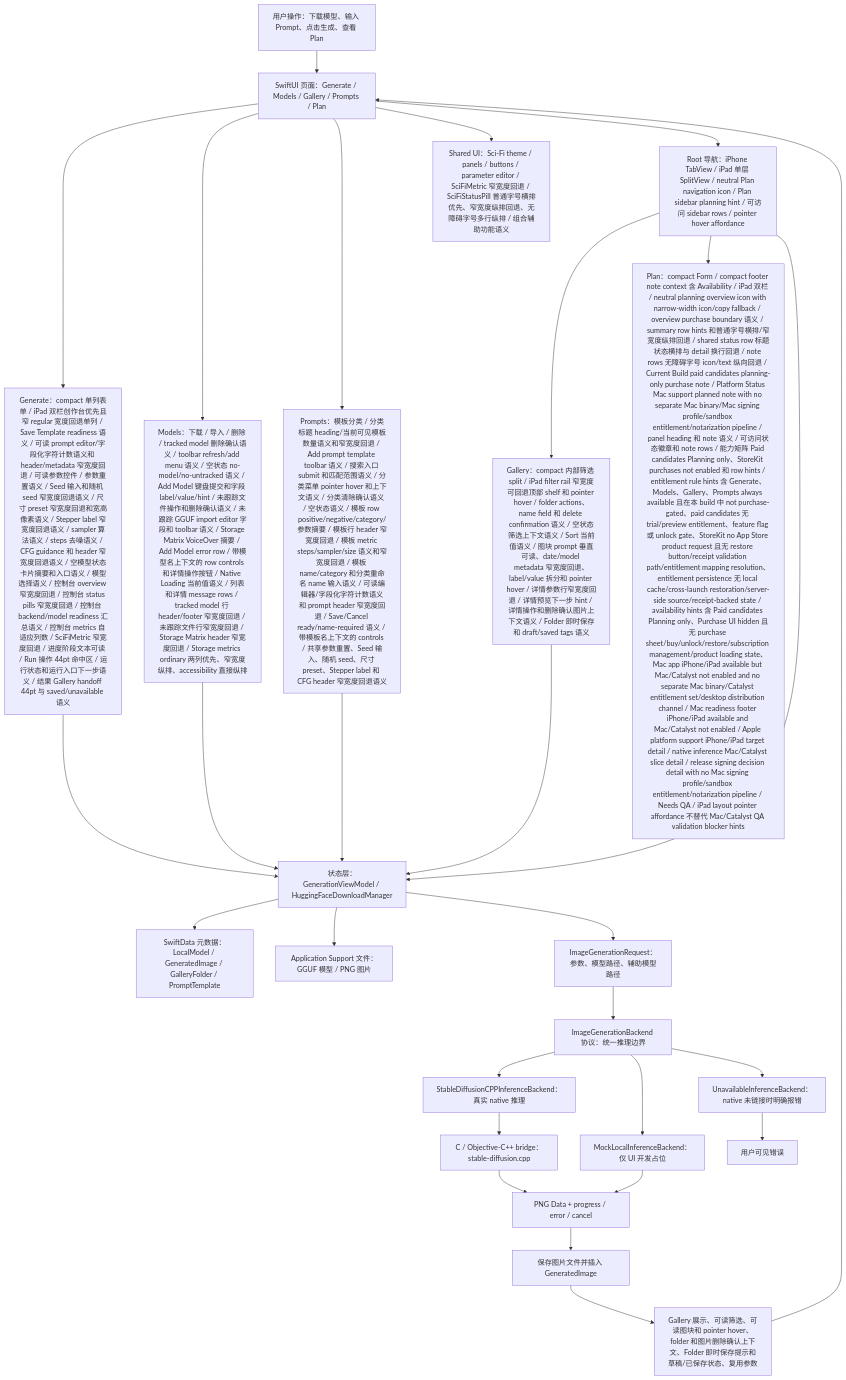
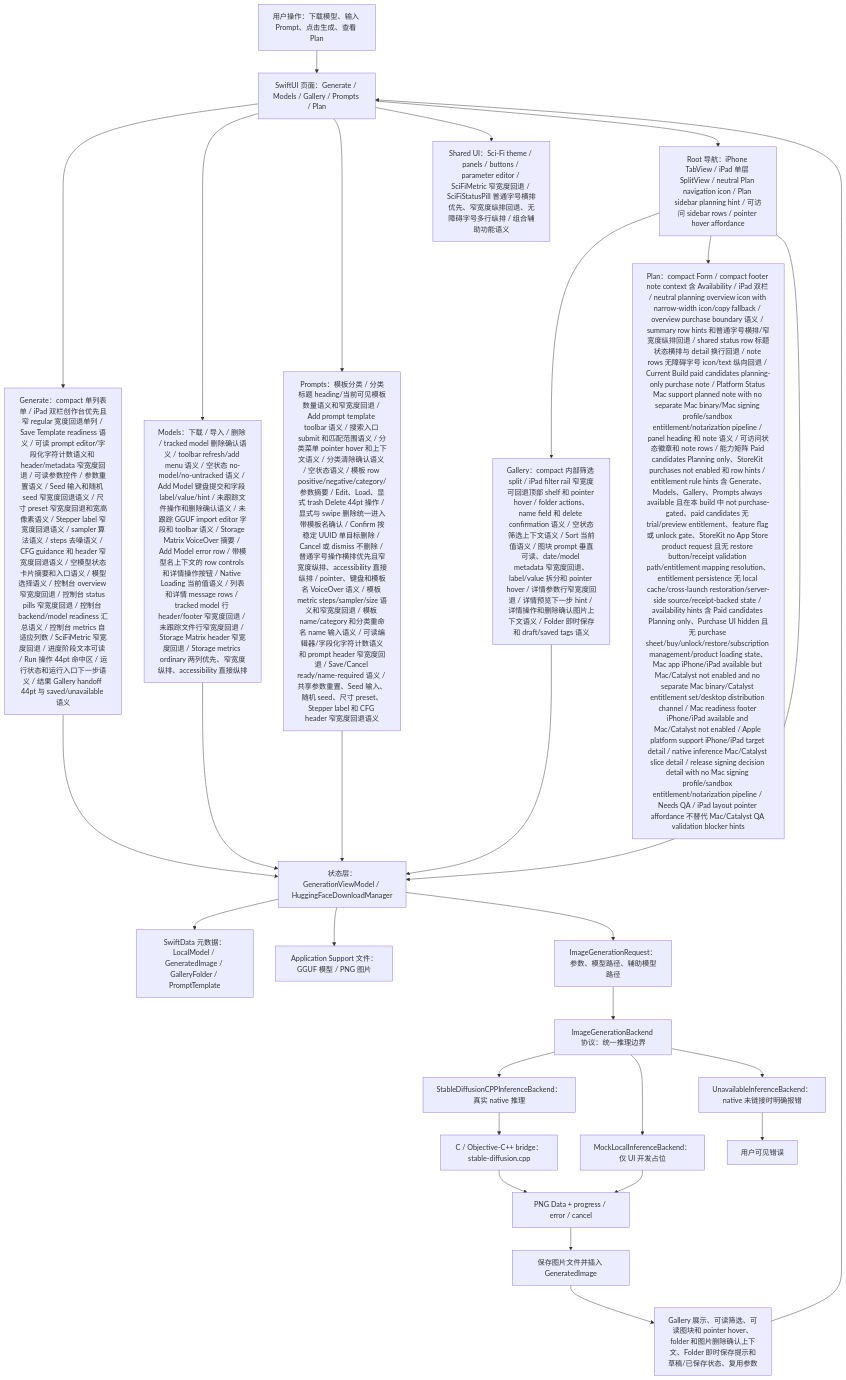
The first of 7 diagrams in md/flow/flowchart.md (Altman-sam114/118), drawn with Mermaid before and after one commit. The commit also changed 5 other files, not shown here.

Commit message:
v1.153: Prompt delete confirmation

````diff
--- a/md/flow/flowchart.md
+++ b/md/flow/flowchart.md
@@ -9,30 +9,30 @@
 ```mermaid
 flowchart TD
   U["用户操作：下载模型、输入 Prompt、点击生成、查看 Plan"] --> UI["SwiftUI 页面：Generate / Models / Gallery / Prompts / Plan"]
   UI --> GENUI["Generate：compact 单列表单 / iPad 双栏创作台优先且窄 regular 宽度回退单列 / Save Template readiness 语义 / 可读 prompt editor/字段化字符计数语义和 header/metadata 窄宽度回退 / 可读参数控件 / 参数重置语义 / Seed 输入和随机 seed 窄宽度回退语义 / 尺寸 preset 窄宽度回退和宽高像素语义 / Stepper label 窄宽度回退语义 / sampler 算法语义 / steps 去噪语义 / CFG guidance 和 header 窄宽度回退语义 / 空模型状态卡片摘要和入口语义 / 模型选择语义 / 控制台 overview 窄宽度回退 / 控制台 status pills 窄宽度回退 / 控制台 backend/model readiness 汇总语义 / 控制台 metrics 自适应列数 / SciFiMetric 窄宽度回退 / 进度阶段文本可读 / Run 操作 44pt 命中区 / 运行状态和运行入口下一步语义 / 结果 Gallery handoff 44pt 与 saved/unavailable 语义"]
   UI --> MODELUI["Models：下载 / 导入 / 删除 / tracked model 删除确认语义 / toolbar refresh/add menu 语义 / 空状态 no-model/no-untracked 语义 / Add Model 键盘提交和字段 label/value/hint / 未跟踪文件操作和删除确认语义 / 未跟踪 GGUF import editor 字段和 toolbar 语义 / Storage Matrix VoiceOver 摘要 / Add Model error row / 带模型名上下文的 row controls 和详情操作按钮 / Native Loading 当前值语义 / 列表和详情 message rows / tracked model 行 header/footer 窄宽度回退 / 未跟踪文件行窄宽度回退 / Storage Matrix header 窄宽度回退 / Storage metrics ordinary 两列优先、窄宽度纵排、accessibility 直接纵排"]
-  UI --> PROMPTUI["Prompts：模板分类 / 分类标题 heading/当前可见模板数量语义和窄宽度回退 / Add prompt template toolbar 语义 / 搜索入口 submit 和匹配范围语义 / 分类菜单 pointer hover 和上下文语义 / 分类清除确认语义 / 空状态语义 / 模板 row positive/negative/category/参数摘要 / 模板行 header 窄宽度回退 / 模板 metric steps/sampler/size 语义和窄宽度回退 / 模板 name/category 和分类重命名 name 输入语义 / 可读编辑器/字段化字符计数语义和 prompt header 窄宽度回退 / Save/Cancel ready/name-required 语义 / 带模板名上下文的 controls / 共享参数重置、Seed 输入、随机 seed、尺寸 preset、Stepper label 和 CFG header 窄宽度回退语义"]
+  UI --> PROMPTUI["Prompts：模板分类 / 分类标题 heading/当前可见模板数量语义和窄宽度回退 / Add prompt template toolbar 语义 / 搜索入口 submit 和匹配范围语义 / 分类菜单 pointer hover 和上下文语义 / 分类清除确认语义 / 空状态语义 / 模板 row positive/negative/category/参数摘要 / Edit、Load、显式 trash Delete 44pt 操作 / 显式与 swipe 删除统一进入带模板名确认 / Confirm 按稳定 UUID 单目标删除 / Cancel 或 dismiss 不删除 / 普通字号操作横排优先且窄宽度纵排、accessibility 直接纵排 / pointer、键盘和模板名 VoiceOver 语义 / 模板 metric steps/sampler/size 语义和窄宽度回退 / 模板 name/category 和分类重命名 name 输入语义 / 可读编辑器/字段化字符计数语义和 prompt header 窄宽度回退 / Save/Cancel ready/name-required 语义 / 共享参数重置、Seed 输入、随机 seed、尺寸 preset、Stepper label 和 CFG header 窄宽度回退语义"]
   UI --> SHAREDUI["Shared UI：Sci-Fi theme / panels / buttons / parameter editor / SciFiMetric 窄宽度回退 / SciFiStatusPill 普通字号横排优先、窄宽度纵排回退、无障碍字号多行纵排 / 组合辅助功能语义"]
   UI --> NAV["Root 导航：iPhone TabView / iPad 单层 SplitView / neutral Plan navigation icon / Plan sidebar planning hint / 可访问 sidebar rows / pointer hover affordance"]
   NAV --> GALUI["Gallery：compact 内部筛选 split / iPad filter rail 窄宽度可回退顶部 shelf 和 pointer hover / folder actions、name field 和 delete confirmation 语义 / 空状态筛选上下文语义 / Sort 当前值语义 / 图块 prompt 垂直可读、date/model metadata 窄宽度回退、label/value 拆分和 pointer hover / 详情参数行窄宽度回退 / 详情预览下一步 hint / 详情操作和删除确认图片上下文语义 / Folder 即时保存和 draft/saved tags 语义"]
   NAV --> PLANUI["Plan：compact Form / compact footer note context 含 Availability / iPad 双栏 / neutral planning overview icon with narrow-width icon/copy fallback / overview purchase boundary 语义 / summary row hints 和普通字号横排/窄宽度纵排回退 / shared status row 标题状态横排与 detail 换行回退 / note rows 无障碍字号 icon/text 纵向回退 / Current Build paid candidates planning-only purchase note / Platform Status Mac support planned note with no separate Mac binary/Mac signing profile/sandbox entitlement/notarization pipeline / panel heading 和 note 语义 / 可访问状态徽章和 note rows / 能力矩阵 Paid candidates Planning only、StoreKit purchases not enabled 和 row hints / entitlement rule hints 含 Generate、Models、Gallery、Prompts always available 且在本 build 中 not purchase-gated、paid candidates 无 trial/preview entitlement、feature flag 或 unlock gate、StoreKit no App Store product request 且无 restore button/receipt validation path/entitlement mapping resolution、entitlement persistence 无 local cache/cross-launch restoration/server-side source/receipt-backed state / availability hints 含 Paid candidates Planning only、Purchase UI hidden 且无 purchase sheet/buy/unlock/restore/subscription management/product loading state、Mac app iPhone/iPad available but Mac/Catalyst not enabled and no separate Mac binary/Catalyst entitlement set/desktop distribution channel / Mac readiness footer iPhone/iPad available and Mac/Catalyst not enabled / Apple platform support iPhone/iPad target detail / native inference Mac/Catalyst slice detail / release signing decision detail with no Mac signing profile/sandbox entitlement/notarization pipeline / Needs QA / iPad layout pointer affordance 不替代 Mac/Catalyst QA validation blocker hints"]
   NAV --> VM["状态层：GenerationViewModel / HuggingFaceDownloadManager"]
   GENUI --> VM
   MODELUI --> VM
   PROMPTUI --> VM
   GALUI --> VM
   VM --> SD["SwiftData 元数据：LocalModel / GeneratedImage / GalleryFolder / PromptTemplate"]
   VM --> FS["Application Support 文件：GGUF 模型 / PNG 图片"]
   VM --> REQ["ImageGenerationRequest：参数、模型路径、辅助模型路径"]
   REQ --> IFACE["ImageGenerationBackend 协议：统一推理边界"]
   IFACE --> NATIVE["StableDiffusionCPPInferenceBackend：真实 native 推理"]
   IFACE --> MOCK["MockLocalInferenceBackend：仅 UI 开发占位"]
   IFACE --> OFF["UnavailableInferenceBackend：native 未链接时明确报错"]
   NATIVE --> BRIDGE["C / Objective-C++ bridge：stable-diffusion.cpp"]
   BRIDGE --> PNG["PNG Data + progress / error / cancel"]
   MOCK --> PNG
   OFF --> ERR["用户可见错误"]
   PNG --> SAVE["保存图片文件并插入 GeneratedImage"]
   SAVE --> GALLERY["Gallery 展示、可读筛选、可读图块和 pointer hover、folder 和图片删除确认上下文、Folder 即时保存提示和草稿/已保存状态、复用参数"]
   GALLERY --> UI
 ```
````
